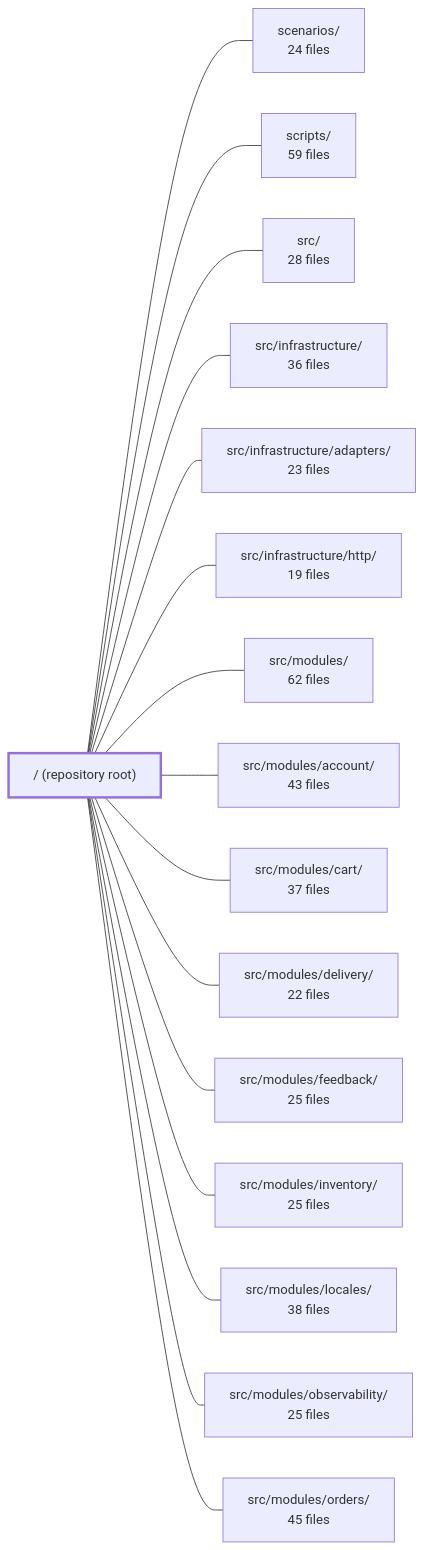
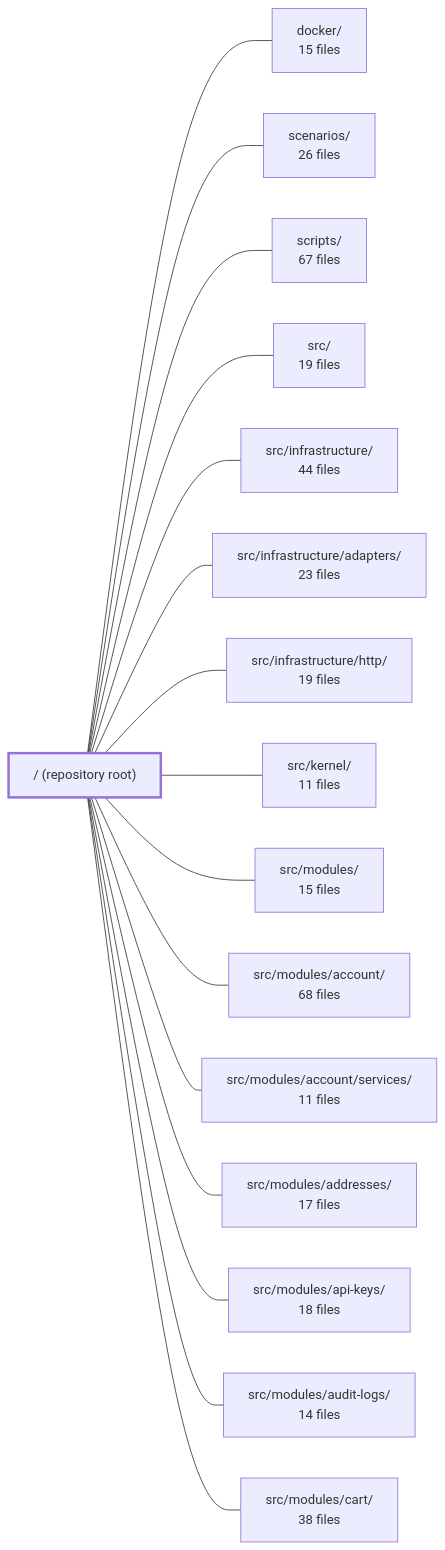
The diagram in .2brain/modules/boilerplate-node-backend_ROOT.md (Guebbit/boilerplate-node-backend), drawn with Mermaid before and after one commit. The commit also changed other lines of this file and 137 other files, not shown here.

````diff
--- a/.2brain/modules/boilerplate-node-backend_ROOT.md
+++ b/.2brain/modules/boilerplate-node-backend_ROOT.md
@@ -43,35 +42,35 @@
 ```mermaid
 flowchart LR
     m_root["/ (repository root)"]
-    m_scenarios["scenarios/<br/>24 files"]
-    m_scripts["scripts/<br/>59 files"]
-    m_src["src/<br/>28 files"]
-    m_src_infrastructure["src/infrastructure/<br/>36 files"]
+    m_docker["docker/<br/>15 files"]
+    m_scenarios["scenarios/<br/>26 files"]
+    m_scripts["scripts/<br/>67 files"]
+    m_src["src/<br/>19 files"]
+    m_src_infrastructure["src/infrastructure/<br/>44 files"]
     m_src_infrastructure_adapters["src/infrastructure/adapters/<br/>23 files"]
     m_src_infrastructure_http["src/infrastructure/http/<br/>19 files"]
-    m_src_modules["src/modules/<br/>62 files"]
-    m_src_modules_account["src/modules/account/<br/>43 files"]
-    m_src_modules_cart["src/modules/cart/<br/>37 files"]
-    m_src_modules_delivery["src/modules/delivery/<br/>22 files"]
-    m_src_modules_feedback["src/modules/feedback/<br/>25 files"]
-    m_src_modules_inventory["src/modules/inventory/<br/>25 files"]
-    m_src_modules_locales["src/modules/locales/<br/>38 files"]
-    m_src_modules_observability["src/modules/observability/<br/>25 files"]
-    m_src_modules_orders["src/modules/orders/<br/>45 files"]
+    m_src_kernel["src/kernel/<br/>11 files"]
+    m_src_modules["src/modules/<br/>15 files"]
+    m_src_modules_account["src/modules/account/<br/>68 files"]
+    m_src_modules_account_services["src/modules/account/services/<br/>11 files"]
+    m_src_modules_addresses["src/modules/addresses/<br/>17 files"]
+    m_src_modules_api_keys["src/modules/api-keys/<br/>18 files"]
+    m_src_modules_audit_logs["src/modules/audit-logs/<br/>14 files"]
+    m_src_modules_cart["src/modules/cart/<br/>38 files"]
+    m_root --- m_docker
     m_root --- m_scenarios
     m_root --- m_scripts
     m_root --- m_src
     m_root --- m_src_infrastructure
     m_root --- m_src_infrastructure_adapters
     m_root --- m_src_infrastructure_http
+    m_root --- m_src_kernel
     m_root --- m_src_modules
     m_root --- m_src_modules_account
+    m_root --- m_src_modules_account_services
+    m_root --- m_src_modules_addresses
+    m_root --- m_src_modules_api_keys
+    m_root --- m_src_modules_audit_logs
     m_root --- m_src_modules_cart
-    m_root --- m_src_modules_delivery
-    m_root --- m_src_modules_feedback
-    m_root --- m_src_modules_inventory
-    m_root --- m_src_modules_locales
-    m_root --- m_src_modules_observability
-    m_root --- m_src_modules_orders
     style m_root stroke-width:3px
 ```
````
